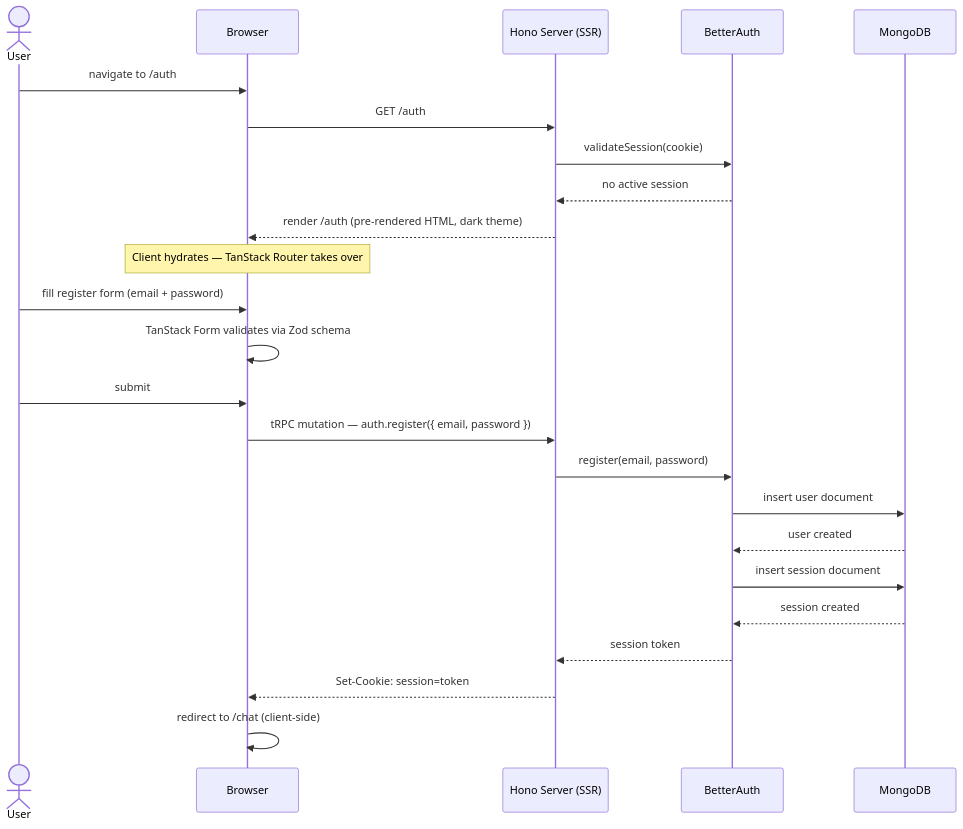
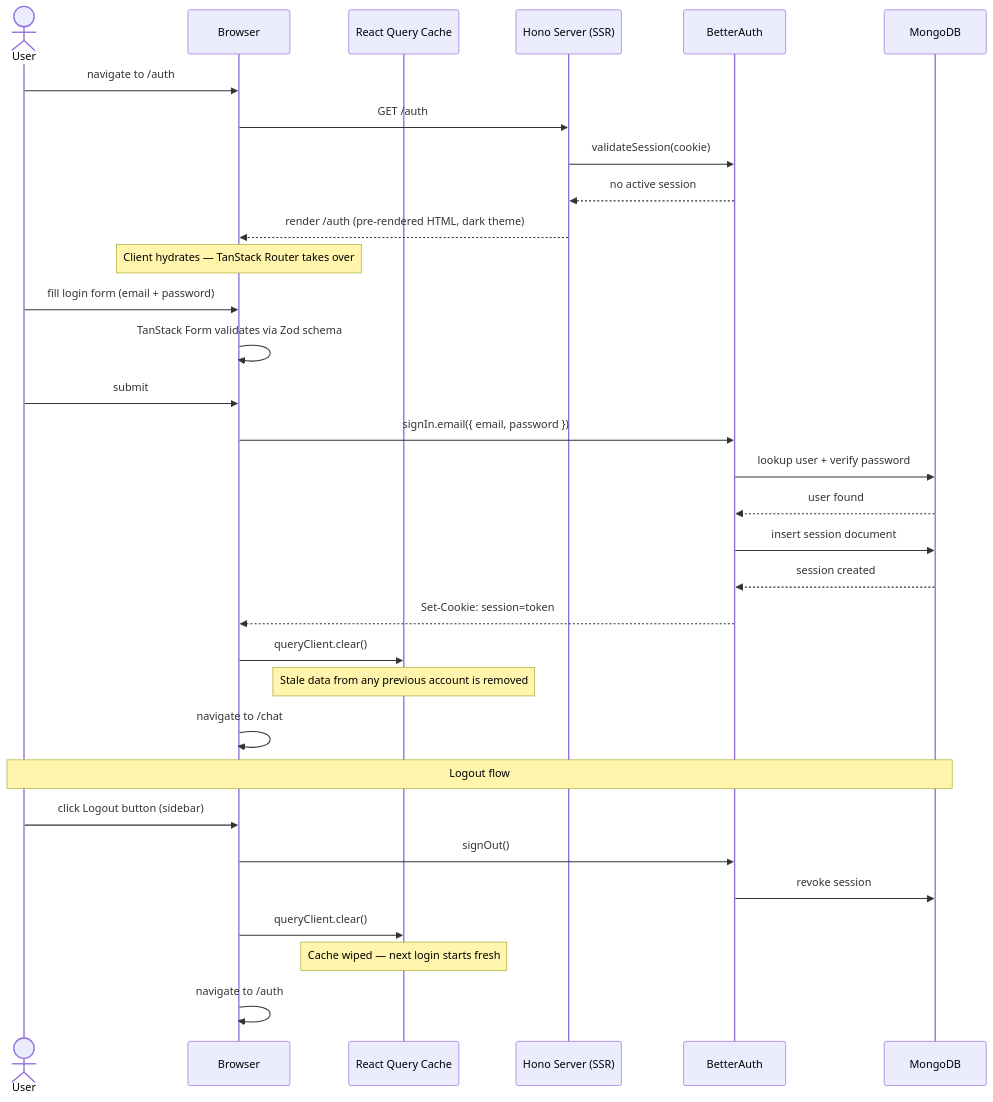
One commit to Gabi-Einz/ai-assistant changed the fifth of 10 diagrams in openspec/diagrams.md. Above: the diagram before and after it, drawn with Mermaid. The commit also changed other lines of this file, not shown here.

Commit message:
update diagrams

````diff
--- a/openspec/diagrams.md
+++ b/openspec/diagrams.md
@@ -267,30 +269,41 @@
 ```mermaid
 sequenceDiagram
     actor User
     participant Browser
+    participant QueryClient as React Query Cache
     participant Server as Hono Server (SSR)
     participant BetterAuth
     participant MongoDB
 
     User->>Browser: navigate to /auth
     Browser->>Server: GET /auth
     Server->>BetterAuth: validateSession(cookie)
     BetterAuth-->>Server: no active session
     Server-->>Browser: render /auth (pre-rendered HTML, dark theme)
 
     Note over Browser: Client hydrates — TanStack Router takes over
 
-    User->>Browser: fill register form (email + password)
+    User->>Browser: fill login form (email + password)
     Browser->>Browser: TanStack Form validates via Zod schema
     User->>Browser: submit
 
-    Browser->>Server: tRPC mutation — auth.register({ email, password })
-    Server->>BetterAuth: register(email, password)
-    BetterAuth->>MongoDB: insert user document
-    MongoDB-->>BetterAuth: user created
+    Browser->>BetterAuth: signIn.email({ email, password })
+    BetterAuth->>MongoDB: lookup user + verify password
+    MongoDB-->>BetterAuth: user found
     BetterAuth->>MongoDB: insert session document
     MongoDB-->>BetterAuth: session created
-    BetterAuth-->>Server: session token
-    Server-->>Browser: Set-Cookie: session=token
-    Browser->>Browser: redirect to /chat (client-side)
+    BetterAuth-->>Browser: Set-Cookie: session=token
+
+    Browser->>QueryClient: queryClient.clear()
+    Note over QueryClient: Stale data from any previous account is removed
+
+    Browser->>Browser: navigate to /chat
+
+    Note over User, MongoDB: Logout flow
+    User->>Browser: click Logout button (sidebar)
+    Browser->>BetterAuth: signOut()
+    BetterAuth->>MongoDB: revoke session
+    Browser->>QueryClient: queryClient.clear()
+    Note over QueryClient: Cache wiped — next login starts fresh
+    Browser->>Browser: navigate to /auth
 ```
````
